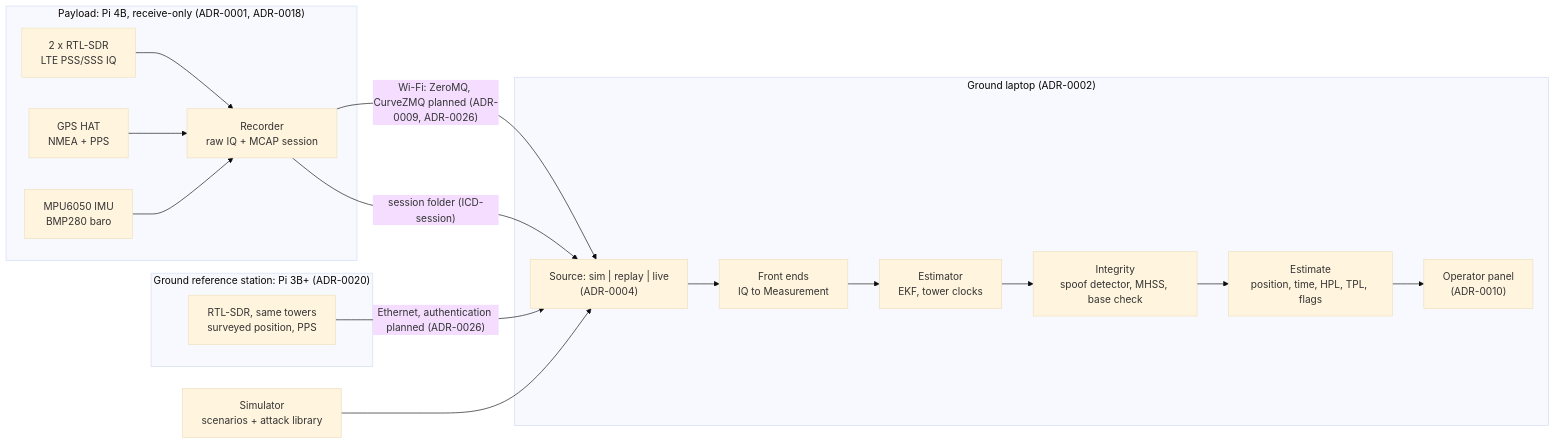
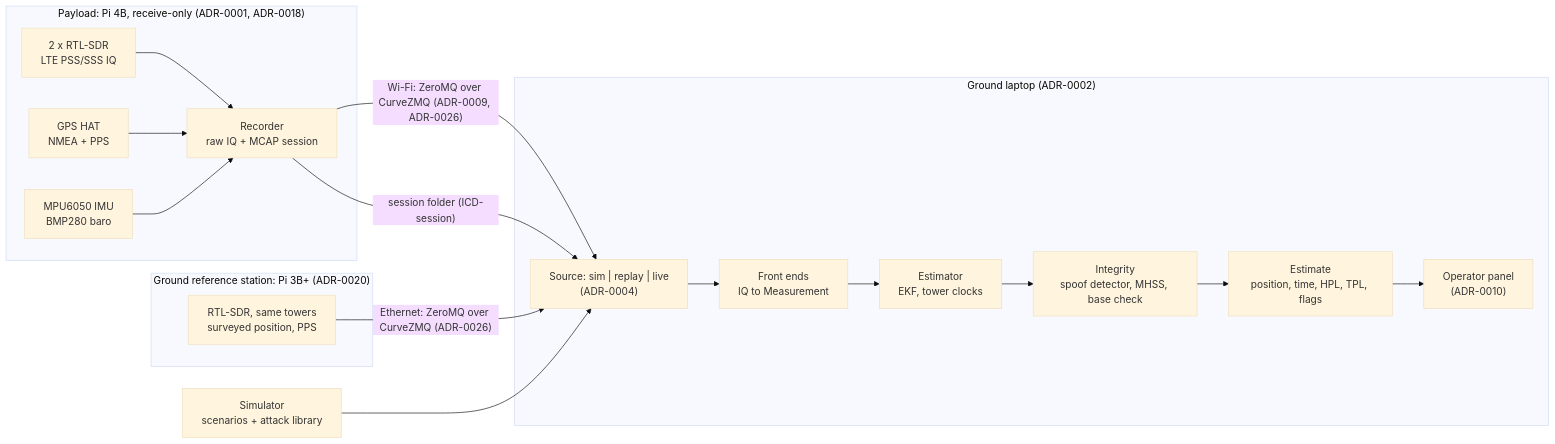
The diagram in systems/architecture.md (mdevstudentcu/SEAN), drawn with Mermaid (base theme) before and after one commit. The commit also changed other lines of this file and 7 other files, not shown here.

First line of the commit message:
docs(systems): accept CurveZMQ for the ground links (ADR-0026)

````diff
--- a/systems/architecture.md
+++ b/systems/architecture.md
@@ -26,28 +26,28 @@
 ```mermaid
 flowchart LR
   subgraph PAY["Payload: Pi 4B, receive-only (ADR-0001, ADR-0018)"]
     SDR["2 x RTL-SDR<br/>LTE PSS/SSS IQ"]
     GPS["GPS HAT<br/>NMEA + PPS"]
     SENS["MPU6050 IMU<br/>BMP280 baro"]
     REC["Recorder<br/>raw IQ + MCAP session"]
     SDR --> REC
     GPS --> REC
     SENS --> REC
   end
   subgraph BASE["Ground reference station: Pi 3B+ (ADR-0020)"]
     BSDR["RTL-SDR, same towers<br/>surveyed position, PPS"]
   end
   subgraph GND["Ground laptop (ADR-0002)"]
     SRC["Source: sim | replay | live<br/>(ADR-0004)"]
     FE["Front ends<br/>IQ to Measurement"]
     NAV["Estimator<br/>EKF, tower clocks"]
     INT["Integrity<br/>spoof detector, MHSS, base check"]
     OUT["Estimate<br/>position, time, HPL, TPL, flags"]
     DASH["Operator panel<br/>(ADR-0010)"]
     SRC --> FE --> NAV --> INT --> OUT --> DASH
   end
-  REC -- "Wi-Fi: ZeroMQ, CurveZMQ planned (ADR-0009, ADR-0026)" --> SRC
+  REC -- "Wi-Fi: ZeroMQ over CurveZMQ (ADR-0009, ADR-0026)" --> SRC
   REC -- "session folder (ICD-session)" --> SRC
-  BSDR -- "Ethernet, authentication planned (ADR-0026)" --> SRC
+  BSDR -- "Ethernet: ZeroMQ over CurveZMQ (ADR-0026)" --> SRC
   SIM["Simulator<br/>scenarios + attack library"] --> SRC
 ```
````
